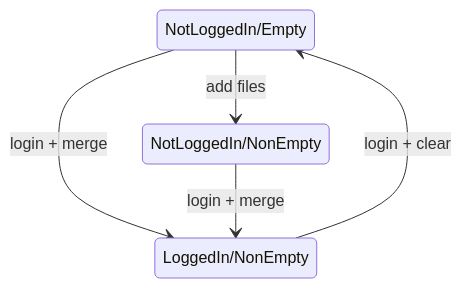
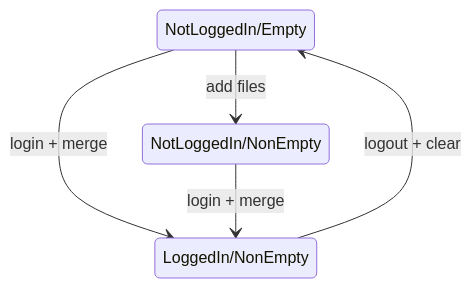
One commit to JANERUBBISHTOEAT/CSCC09-24F-Project changed the diagram in readme.md. Above: the diagram before and after it, drawn with Mermaid.

````diff
--- a/readme.md
+++ b/readme.md
@@ -67,11 +67,11 @@
 ```mermaid
 stateDiagram-v2
     state "NotLoggedIn/Empty" as S1
     state "NotLoggedIn/NonEmpty" as S2
     state "LoggedIn/NonEmpty" as S3
 
     S1 --> S3 : login + merge
     S1 --> S2 : add files
     S2 --> S3 : login + merge
-    S3 --> S1 : login + clear
+    S3 --> S1 : logout + clear
 ```
````
